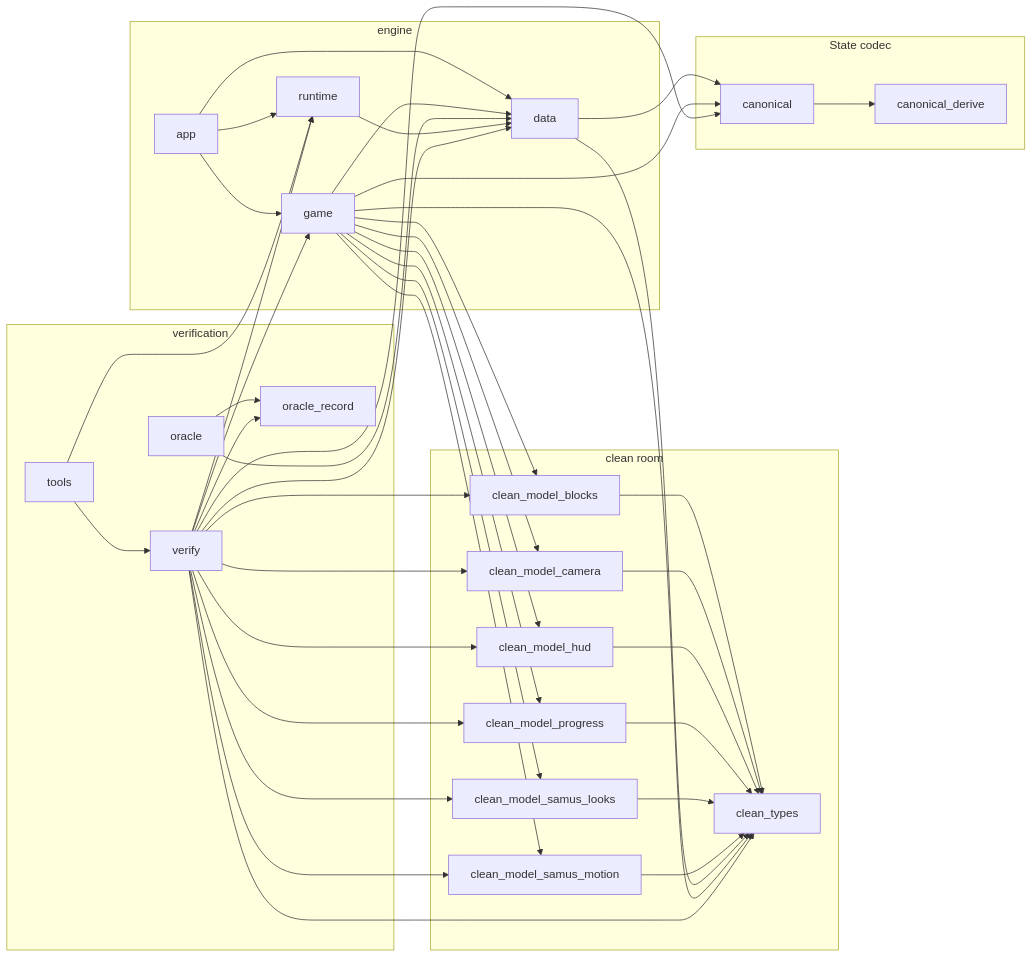
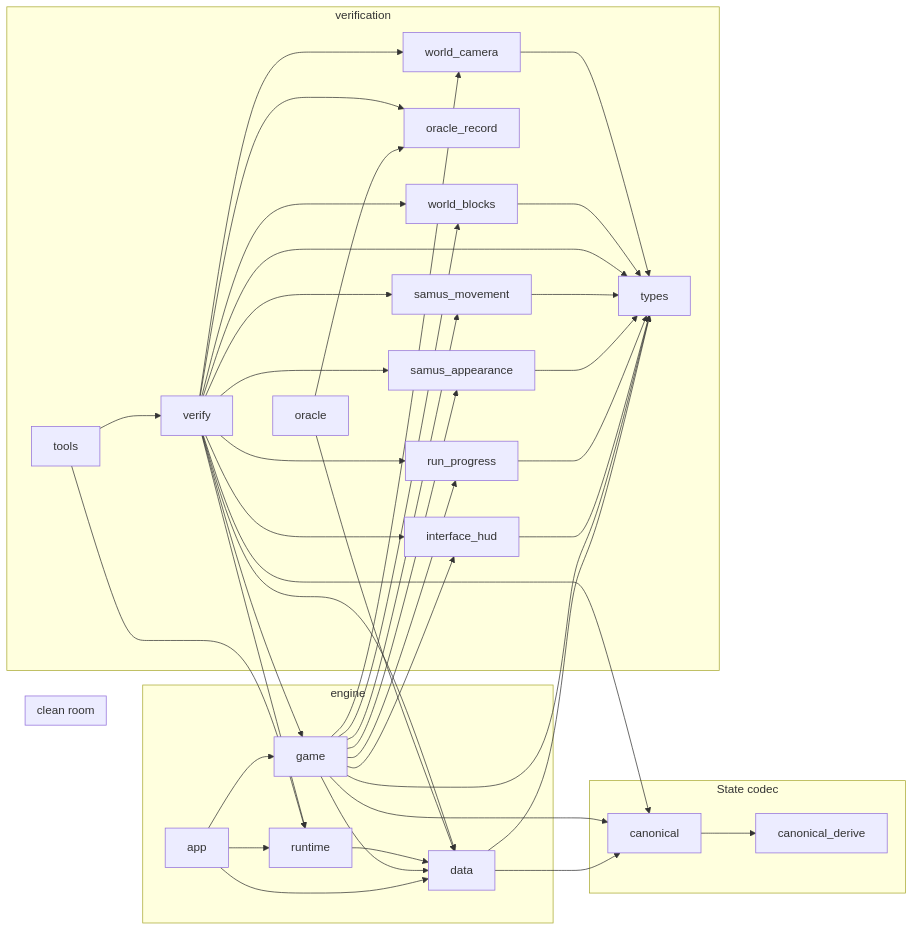
One commit to JimLundin/sm-decomp changed the first of 7 diagrams in docs/REPORT.md. Above: the diagram before and after it, drawn with Mermaid. The commit also changed other lines of this file and 720 other files, not shown here.

````diff
--- a/docs/REPORT.md
+++ b/docs/REPORT.md
@@ -642,66 +642,66 @@
 ```mermaid
 graph LR
   subgraph engine["engine"]
     c_app["app"]
     c_data["data"]
     c_game["game"]
     c_runtime["runtime"]
   end
   subgraph clean["clean room"]
-    c_clean_model_blocks["clean_model_blocks"]
-    c_clean_model_camera["clean_model_camera"]
-    c_clean_model_hud["clean_model_hud"]
-    c_clean_model_progress["clean_model_progress"]
-    c_clean_model_samus_looks["clean_model_samus_looks"]
-    c_clean_model_samus_motion["clean_model_samus_motion"]
-    c_clean_types["clean_types"]
   end
   subgraph codec["State codec"]
     c_canonical["canonical"]
     c_canonical_derive["canonical_derive"]
   end
   subgraph verification["verification"]
+    c_interface_hud["interface_hud"]
     c_oracle["oracle"]
     c_oracle_record["oracle_record"]
+    c_run_progress["run_progress"]
+    c_samus_appearance["samus_appearance"]
+    c_samus_movement["samus_movement"]
     c_tools["tools"]
+    c_types["types"]
     c_verify["verify"]
+    c_world_blocks["world_blocks"]
+    c_world_camera["world_camera"]
   end
   c_app --> c_data
   c_app --> c_game
   c_app --> c_runtime
   c_canonical --> c_canonical_derive
-  c_clean_model_blocks --> c_clean_types
-  c_clean_model_camera --> c_clean_types
-  c_clean_model_hud --> c_clean_types
-  c_clean_model_progress --> c_clean_types
-  c_clean_model_samus_looks --> c_clean_types
-  c_clean_model_samus_motion --> c_clean_types
   c_data --> c_canonical
-  c_data --> c_clean_types
+  c_data --> c_types
   c_game --> c_canonical
-  c_game --> c_clean_model_blocks
-  c_game --> c_clean_model_camera
-  c_game --> c_clean_model_hud
-  c_game --> c_clean_model_progress
-  c_game --> c_clean_model_samus_looks
-  c_game --> c_clean_model_samus_motion
-  c_game --> c_clean_types
   c_game --> c_data
+  c_game --> c_interface_hud
+  c_game --> c_run_progress
+  c_game --> c_samus_appearance
+  c_game --> c_samus_movement
+  c_game --> c_types
+  c_game --> c_world_blocks
+  c_game --> c_world_camera
+  c_interface_hud --> c_types
   c_oracle --> c_data
   c_oracle --> c_oracle_record
+  c_run_progress --> c_types
   c_runtime --> c_data
+  c_samus_appearance --> c_types
+  c_samus_movement --> c_types
   c_tools --> c_runtime
   c_tools --> c_verify
   c_verify --> c_canonical
-  c_verify --> c_clean_model_blocks
-  c_verify --> c_clean_model_camera
-  c_verify --> c_clean_model_hud
-  c_verify --> c_clean_model_progress
-  c_verify --> c_clean_model_samus_looks
-  c_verify --> c_clean_model_samus_motion
-  c_verify --> c_clean_types
   c_verify --> c_data
   c_verify --> c_game
+  c_verify --> c_interface_hud
   c_verify --> c_oracle_record
+  c_verify --> c_run_progress
   c_verify --> c_runtime
+  c_verify --> c_samus_appearance
+  c_verify --> c_samus_movement
+  c_verify --> c_types
+  c_verify --> c_world_blocks
+  c_verify --> c_world_camera
+  c_world_blocks --> c_types
+  c_world_camera --> c_types
 ```
````
